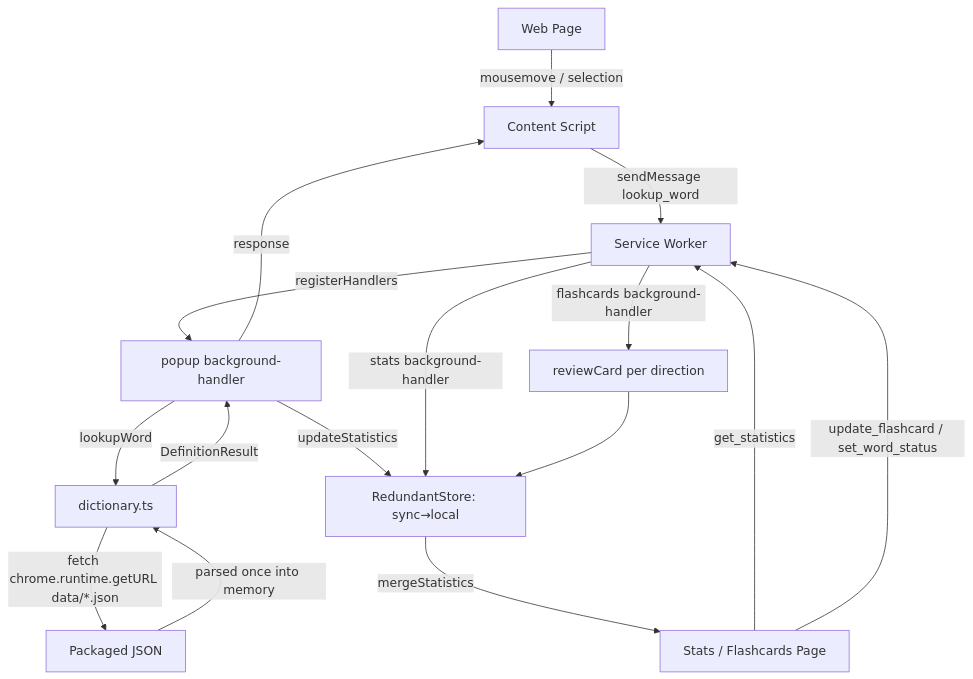
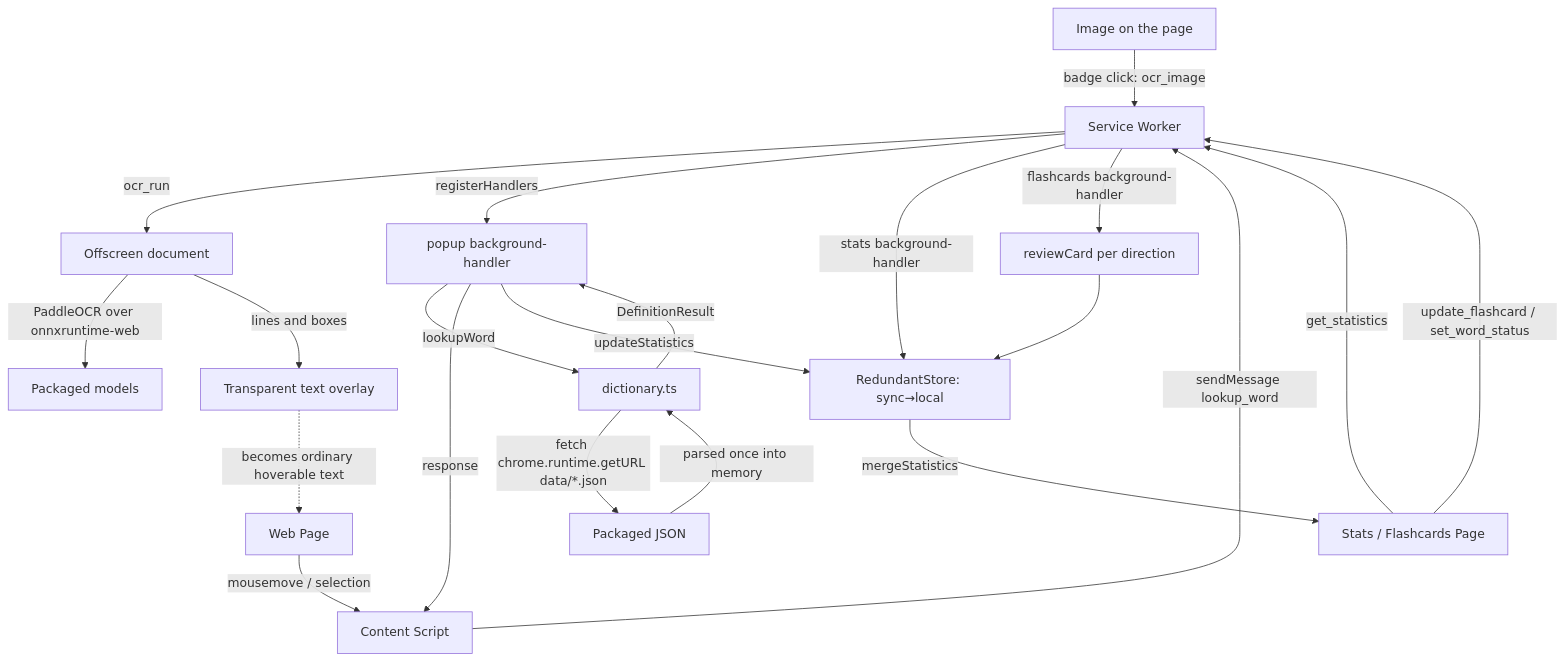
Before and after one commit to VWongDev/canto-toolbox: the diagram in .claude/docs/architecture.md, drawn with Mermaid. The commit also changed other lines of this file and 5 other files, not shown here.

First line of the commit message:
ai(global): Document the OCR domain

````diff
--- a/.claude/docs/architecture.md
+++ b/.claude/docs/architecture.md
@@ -92,18 +102,23 @@
 ```mermaid
 flowchart TD
+    I[Image on the page] -->|badge click: ocr_image| C
+    C -->|ocr_run| O[Offscreen document]
+    O -->|PaddleOCR over onnxruntime-web| P[Packaged models]
+    O -->|lines and boxes| N[Transparent text overlay]
+    N -.->|becomes ordinary hoverable text| A
     A[Web Page] -->|mousemove / selection| B[Content Script]
     B -->|sendMessage lookup_word| C[Service Worker]
     C -->|registerHandlers| H1[popup background-handler]
     H1 -->|lookupWord| D[dictionary.ts]
     D -->|fetch chrome.runtime.getURL data/*.json| E[Packaged JSON]
     E -->|parsed once into memory| D
     D -->|DefinitionResult| H1
     H1 -->|response| B
     H1 -->|updateStatistics| F[RedundantStore: sync→local]
     G[Stats / Flashcards Page] -->|get_statistics| C
     C -->|stats background-handler| F
     F -->|mergeStatistics| G
     G -->|update_flashcard / set_word_status| C
     C -->|flashcards background-handler| H2[reviewCard per direction]
     H2 --> F
 ```
````
